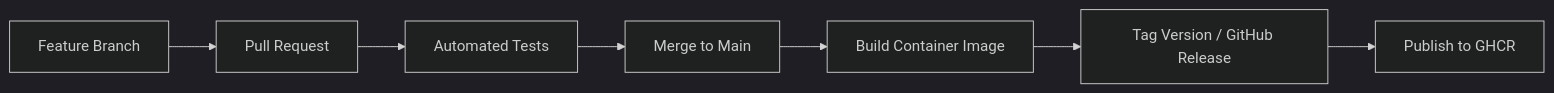
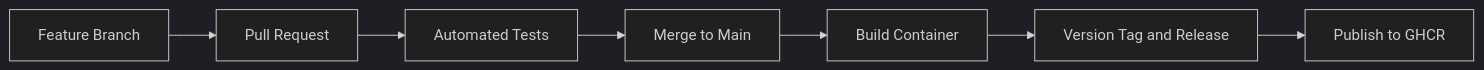
The third of 3 diagrams in README.md (frankierosa/ai-incident-response-platform), drawn with Mermaid (dark theme) before and after one commit. The commit also changed other lines of this file, not shown here.

````diff
--- a/README.md
+++ b/README.md
@@ -357,9 +444,9 @@
 ```mermaid
 flowchart LR
     Feature[Feature Branch] --> PR[Pull Request]
     PR --> Tests[Automated Tests]
     Tests --> Merge[Merge to Main]
-    Merge --> Build[Build Container Image]
-    Build --> Release[Tag Version / GitHub Release]
-    Release --> Registry[Publish to GHCR]
+    Merge --> Build[Build Container]
+    Build --> Tag[Version Tag and Release]
+    Tag --> Registry[Publish to GHCR]
 ```
````
